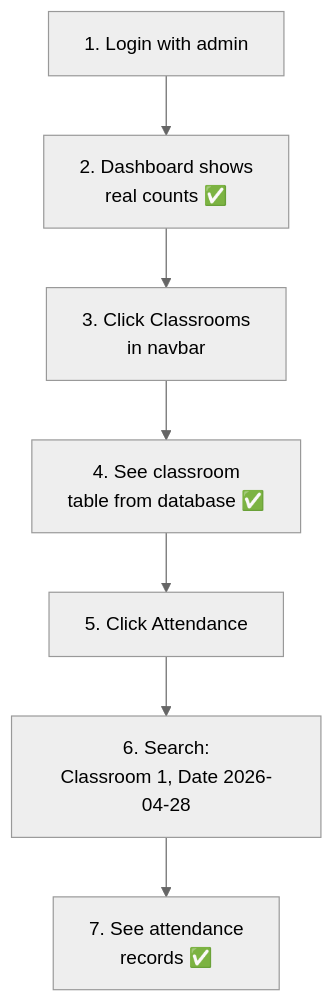
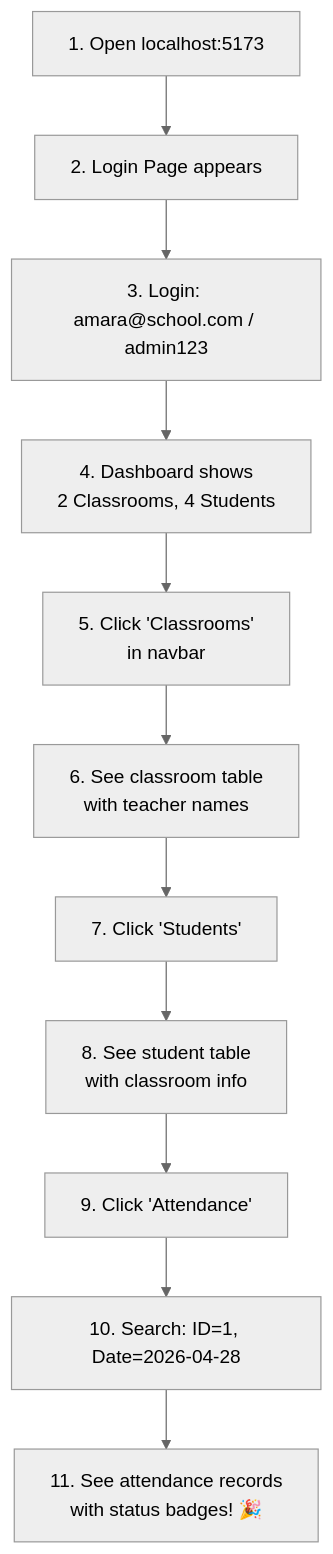
Before and after one commit to Nimsika-Bosilu/designHer_2.0-Student-Attendance-Management-System: the ninth of 10 diagrams in frontend/README.md, drawn with Mermaid (neutral theme). The commit also changed other lines of this file, not shown here.

````diff
--- a/frontend/README.md
+++ b/frontend/README.md
@@ -500,9 +735,13 @@
 ```mermaid
 flowchart TD
-    A["1. Login with admin"] --> B["2. Dashboard shows\nreal counts ✅"]
-    B --> C["3. Click Classrooms\nin navbar"]
-    C --> D["4. See classroom\ntable from database ✅"]
-    D --> E["5. Click Attendance"]
-    E --> F["6. Search:\nClassroom 1, Date 2026-04-28"]
-    F --> G["7. See attendance\nrecords ✅"]
+    A["1. Open localhost:5173"] --> B["2. Login Page appears"]
+    B --> C["3. Login: amara@school.com / admin123"]
+    C --> D["4. Dashboard shows\n2 Classrooms, 4 Students"]
+    D --> E["5. Click 'Classrooms'\nin navbar"]
+    E --> F["6. See classroom table\nwith teacher names"]
+    F --> G["7. Click 'Students'"]
+    G --> H["8. See student table\nwith classroom info"]
+    H --> I["9. Click 'Attendance'"]
+    I --> J["10. Search: ID=1, Date=2026-04-28"]
+    J --> K["11. See attendance records\nwith status badges! 🎉"]
 ```
````
